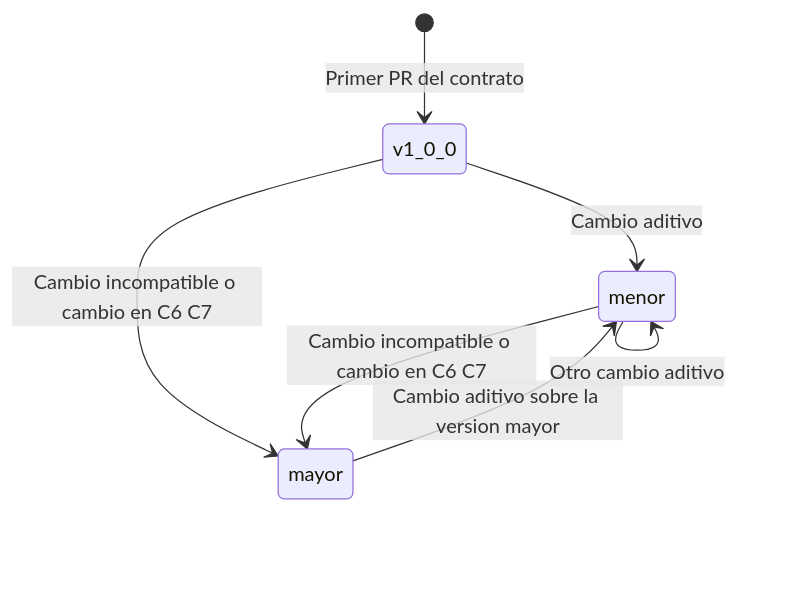
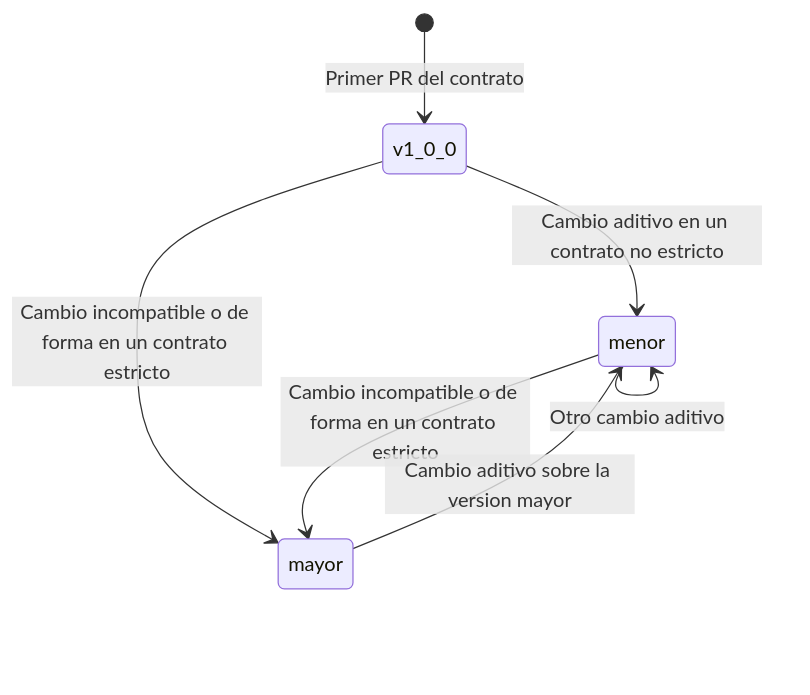
Before and after one commit to freyesJaveriana/tai: the first of 3 diagrams in aidlc/spaces/default/intents/261002-veridicus-mvp/construction/contracts/functional-design/functional-spec.md, drawn with Mermaid. The commit also changed other lines of this file and 6 other files, not shown here.

````diff
--- a/aidlc/spaces/default/intents/261002-veridicus-mvp/construction/contracts/functional-design/functional-spec.md
+++ b/aidlc/spaces/default/intents/261002-veridicus-mvp/construction/contracts/functional-design/functional-spec.md
@@ -125,9 +204,9 @@
 ```mermaid
 stateDiagram-v2
   [*] --> v1_0_0: Primer PR del contrato
-  v1_0_0 --> menor: Cambio aditivo
+  v1_0_0 --> menor: Cambio aditivo en un contrato no estricto
   menor --> menor: Otro cambio aditivo
-  v1_0_0 --> mayor: Cambio incompatible o cambio en C6 C7
-  menor --> mayor: Cambio incompatible o cambio en C6 C7
+  v1_0_0 --> mayor: Cambio incompatible o de forma en un contrato estricto
+  menor --> mayor: Cambio incompatible o de forma en un contrato estricto
   mayor --> menor: Cambio aditivo sobre la version mayor
 ```
````
